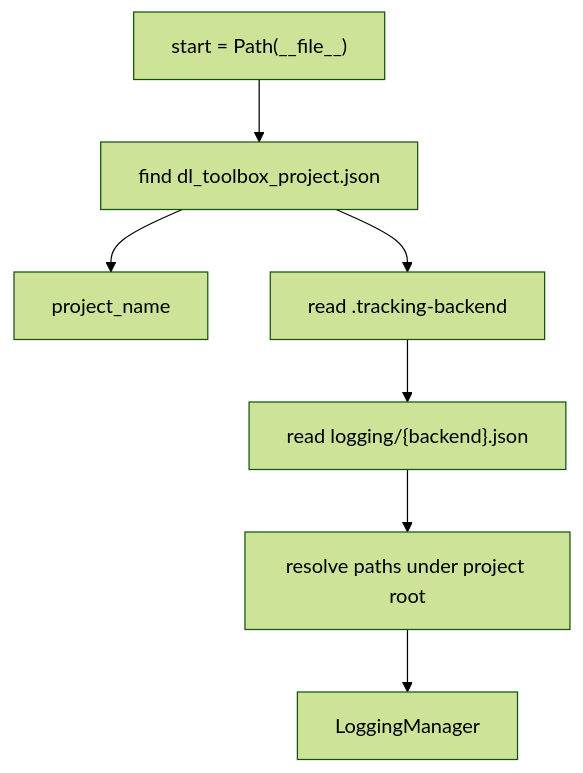
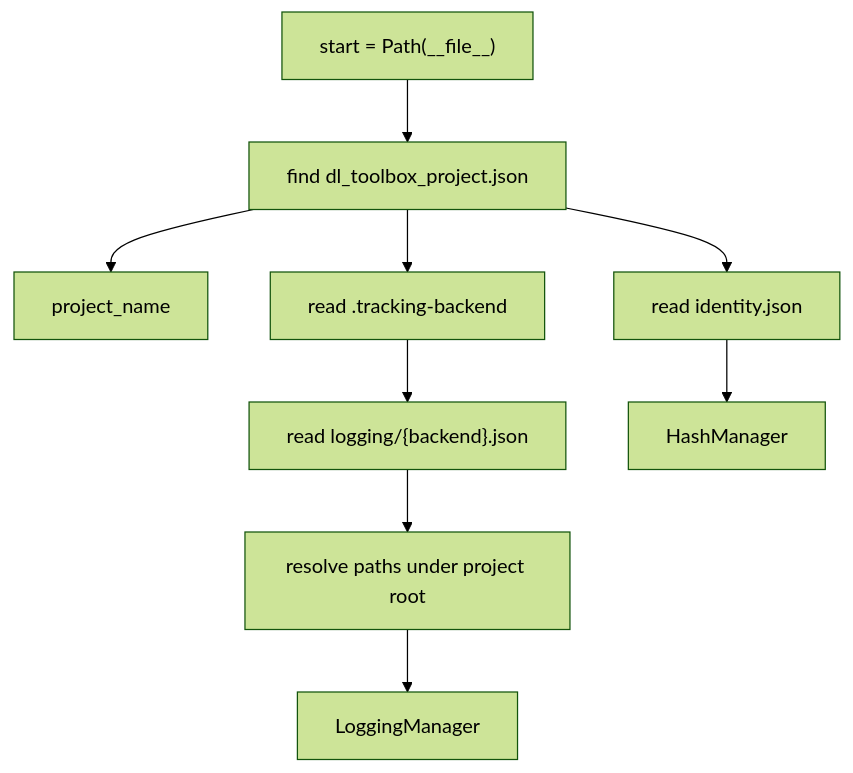
One commit to ayhem18/dl_toolbox changed the diagram in standards/experiment_management/project/project_files.md. Above: the diagram before and after it, drawn with Mermaid (forest theme). The commit also changed other lines of this file and 146 other files, not shown here.

````diff
--- a/standards/experiment_management/project/project_files.md
+++ b/standards/experiment_management/project/project_files.md
@@ -31,9 +36,11 @@
 ```mermaid
 flowchart TD
   start["start = Path(__file__)"] --> marker["find dl_toolbox_project.json"]
   marker --> name["project_name"]
   marker --> backend["read .tracking-backend"]
   backend --> json["read logging/{backend}.json"]
   json --> resolve["resolve paths under project root"]
   resolve --> lman["LoggingManager"]
+  marker --> identity["read identity.json"]
+  identity --> hman["HashManager"]
 ```
````
